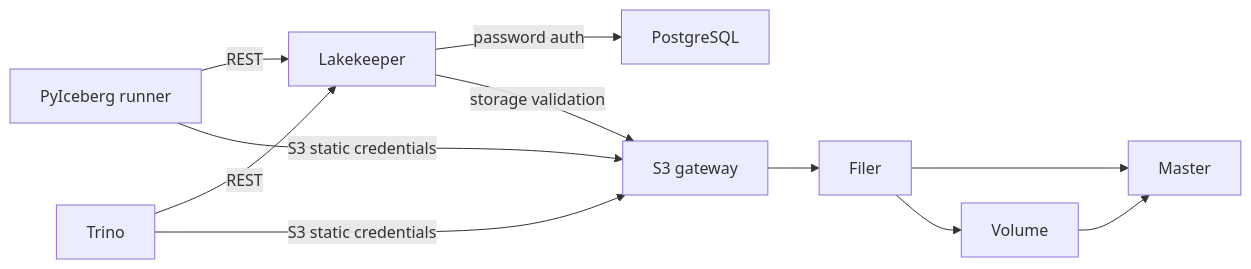
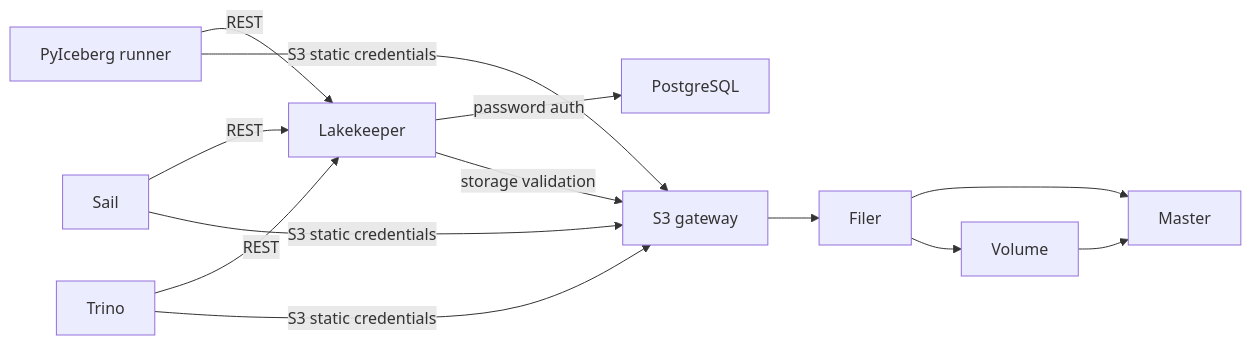
The diagram in docs/ARCHITECTURE.md (datopsis/lakehouse-integration), drawn with Mermaid before and after one commit. The commit also changed other lines of this file and 17 other files, not shown here.

````diff
--- a/docs/ARCHITECTURE.md
+++ b/docs/ARCHITECTURE.md
@@ -3,13 +3,15 @@
 ```mermaid
 flowchart LR
   P[PyIceberg runner] -->|REST| L[Lakekeeper]
   T[Trino] -->|REST| L
+  A[Sail] -->|REST| L
+  A -->|S3 static credentials| S
   L -->|password auth| DB[PostgreSQL]
   P -->|S3 static credentials| S[S3 gateway]
   T -->|S3 static credentials| S
   L -->|storage validation| S
   S --> F[Filer]
   F --> M[Master]
   F --> V[Volume]
   V --> M
 ```
````
